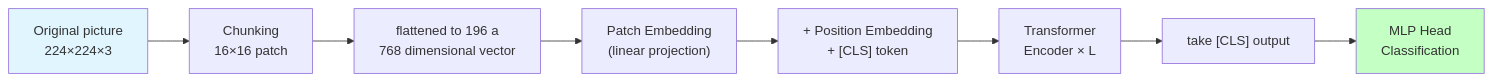
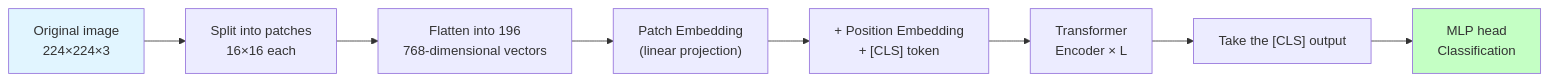
Before and after one commit to TingdeLiu/tingdeliu.github.io: the seventh of 15 diagrams in _translations/en/research/Deep-Learning-Survey.md, drawn with Mermaid. The commit also changed other lines of this file and 51 other files, not shown here.

````diff
--- a/_translations/en/research/Deep-Learning-Survey.md
+++ b/_translations/en/research/Deep-Learning-Survey.md
@@ -799,12 +799,12 @@
 ```mermaid
 flowchart LR
-    IMG["Original picture<br/>224×224×3"] --> PATCH["Chunking<br/>16×16 patch"]
-    PATCH --> FLAT["flattened to 196 a<br/>768 dimensional vector"]
+    IMG["Original image<br/>224×224×3"] --> PATCH["Split into patches<br/>16×16 each"]
+    PATCH --> FLAT["Flatten into 196<br/>768-dimensional vectors"]
     FLAT --> EMBED["Patch Embedding<br/>(linear projection)"]
     EMBED --> POS["+ Position Embedding<br/>+ [CLS] token"]
     POS --> TRANS["Transformer<br/>Encoder × L"]
-    TRANS --> CLS["take [CLS] output"]
-    CLS --> HEAD["MLP Head<br/>Classification"]
+    TRANS --> CLS["Take the [CLS] output"]
+    CLS --> HEAD["MLP head<br/>Classification"]
     style IMG fill:#e1f5ff
     style HEAD fill:#c4ffc4
 ```
````
